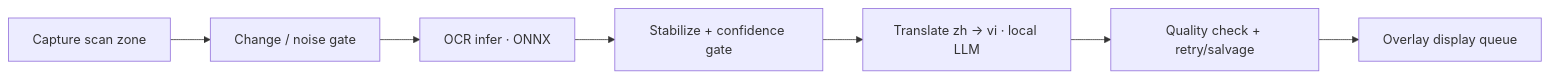
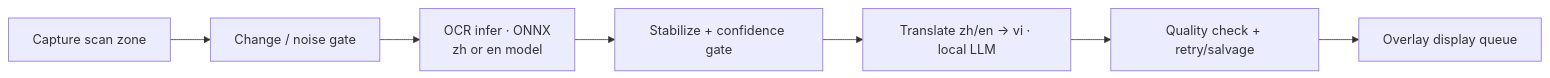
The diagram in README.md (ngoctruongns/screen_sub_translate), drawn with Mermaid before and after one commit. The commit also changed other lines of this file and 28 other files, not shown here.

````diff
--- a/README.md
+++ b/README.md
@@ -19,9 +21,9 @@
 ```mermaid
 flowchart LR
   A[Capture scan zone] --> B[Change / noise gate]
-  B --> C[OCR infer · ONNX]
+  B --> C[OCR infer · ONNX<br/>zh or en model]
   C --> D[Stabilize + confidence gate]
-  D --> E[Translate zh → vi · local LLM]
+  D --> E[Translate zh/en → vi · local LLM]
   E --> F[Quality check + retry/salvage]
   F --> G[Overlay display queue]
 ```
````
